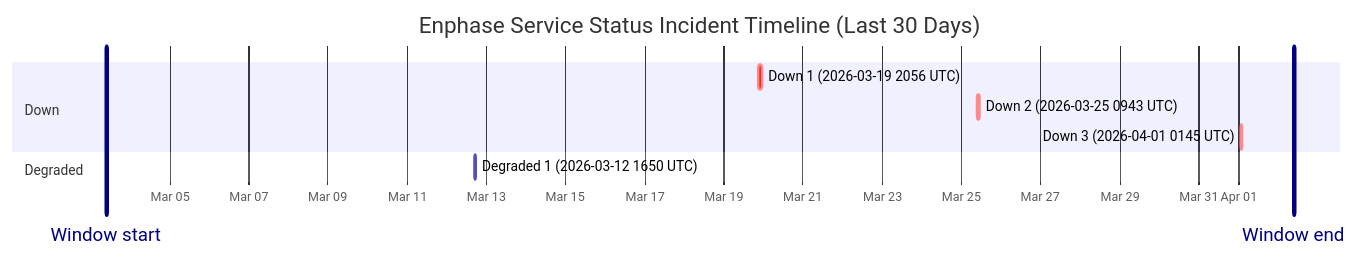
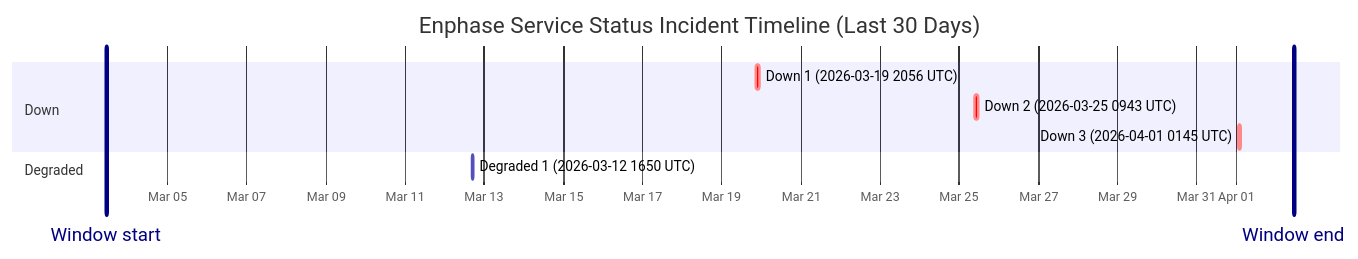
One commit to barneyonline/ha-enphase-ev-charger changed the diagram in wiki/Service-Status-History.md. Above: the diagram before and after it, drawn with Mermaid. The commit also changed other lines of this file and 3 other files, not shown here.

````diff
--- a/wiki/Service-Status-History.md
+++ b/wiki/Service-Status-History.md
@@ -14,14 +14,14 @@
 ```mermaid
 gantt
     title Enphase Service Status Incident Timeline (Last 30 Days)
     dateFormat  YYYY-MM-DDTHH:mm:ss
     axisFormat  %b %d
-    Window start :vert, window-start, 2026-03-03T09:34:15, 0ms
-    Window end :vert, window-end, 2026-04-02T09:34:15, 0ms
+    Window start :vert, window-start, 2026-03-03T10:50:55, 0ms
+    Window end :vert, window-end, 2026-04-02T10:50:55, 0ms
     section Down
     Down 1 (2026-03-19 2056 UTC) :crit, down-1, 2026-03-19T20:56:20, 145m
     Down 2 (2026-03-25 0943 UTC) :crit, down-2, 2026-03-25T09:43:28, 111m
     Down 3 (2026-04-01 0145 UTC) :crit, down-3, 2026-04-01T01:45:09, 60m
     section Degraded
     Degraded 1 (2026-03-12 1650 UTC) :active, degraded-1, 2026-03-12T16:50:43, 60m
 ```
````
